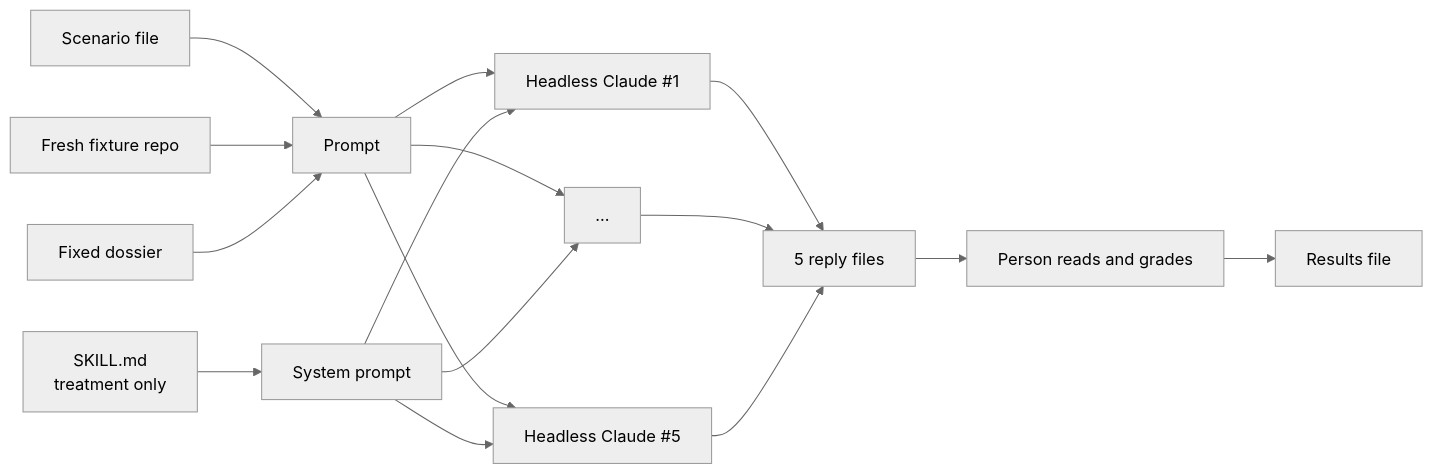
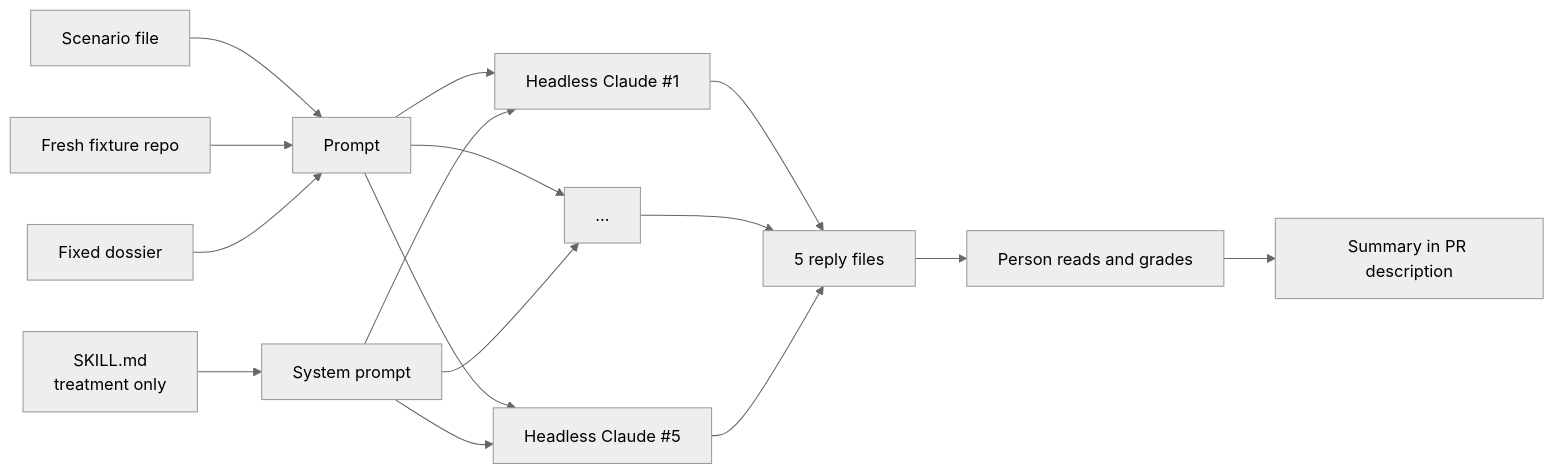
Before and after one commit to runespoor-engineering/claude-branch-interview: the third of 3 diagrams in docs/testing.md, drawn with Mermaid (neutral theme). The commit also changed other lines of this file and 474 other files, not shown here.

````diff
--- a/docs/testing.md
+++ b/docs/testing.md
@@ -143,14 +146,14 @@
 ```mermaid
 flowchart LR
     SC[Scenario file] --> P[Prompt]
     FX[Fresh fixture repo] --> P
     DO[Fixed dossier] --> P
     SK[SKILL.md<br/>treatment only] --> SYS[System prompt]
     P --> C1[Headless Claude #1]
     P --> C2[...]
     P --> C5[Headless Claude #5]
     SYS --> C1 & C2 & C5
     C1 & C2 & C5 --> O[5 reply files]
     O --> H[Person reads and grades]
-    H --> RS[Results file]
+    H --> RS[Summary in PR description]
 ```
````
